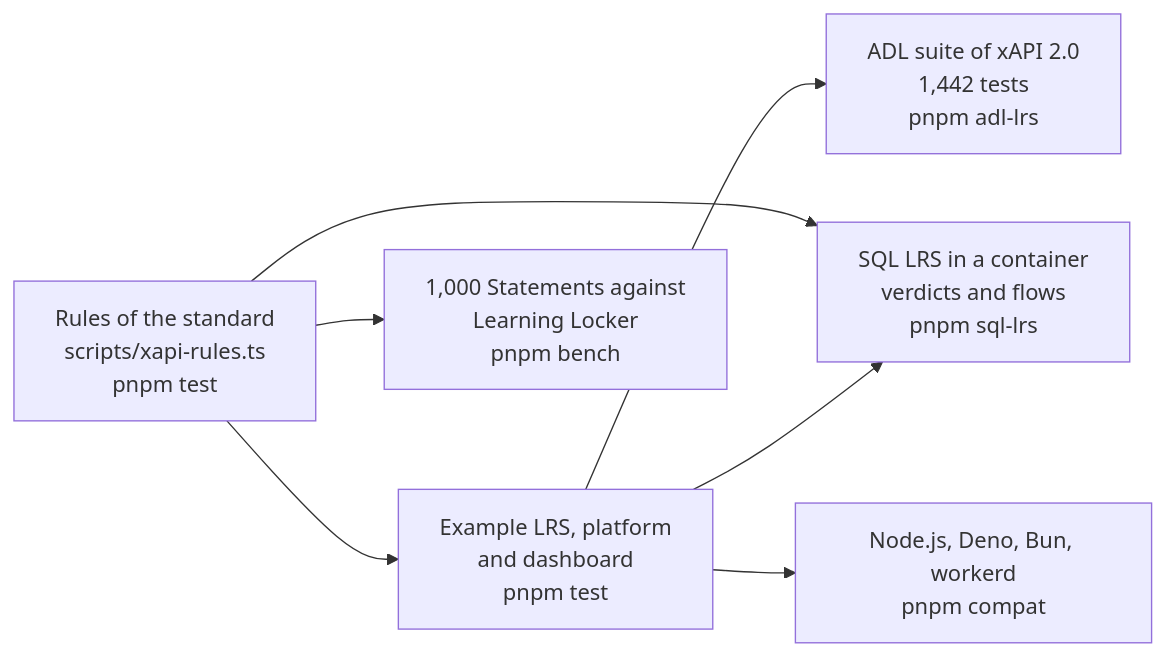
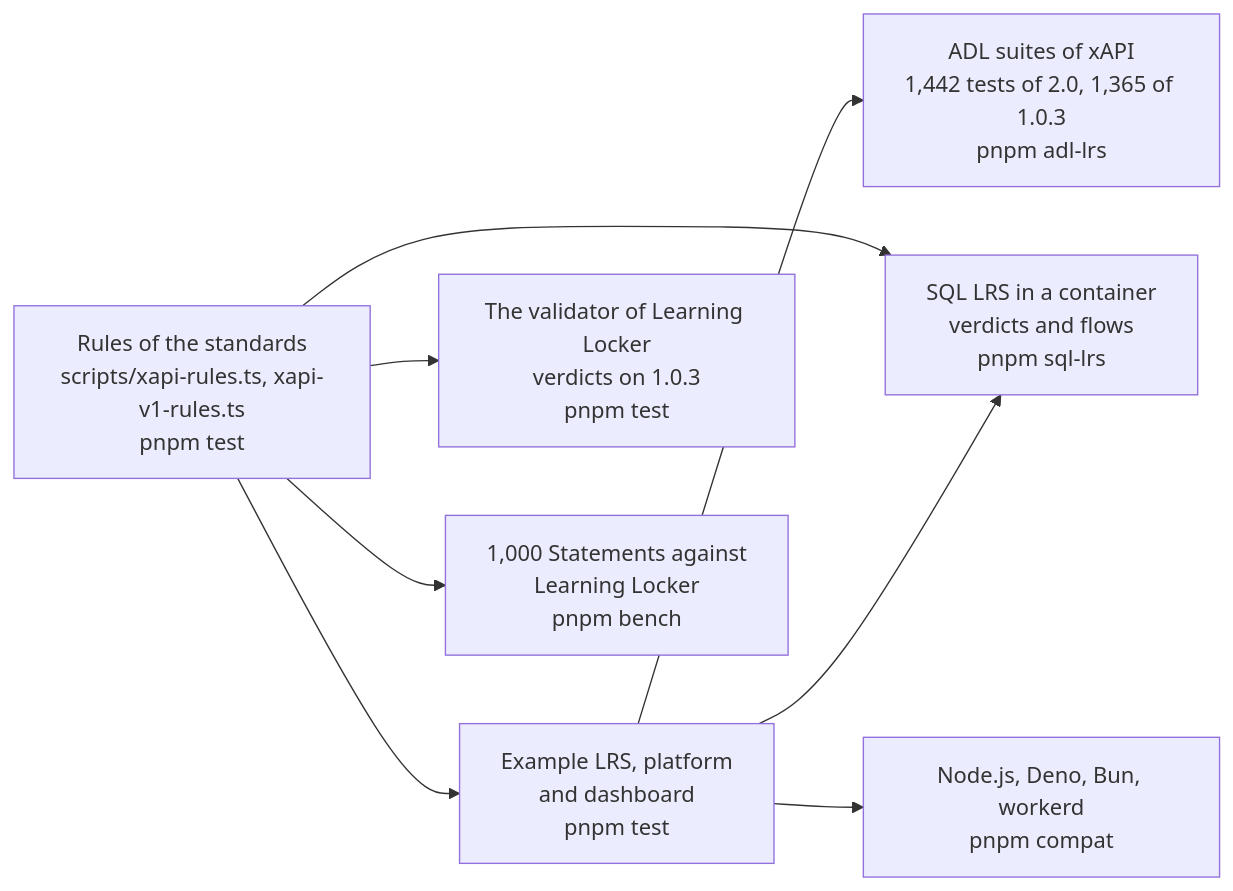
One commit to interopkit/interopkit changed the diagram in docs/learning-records/evidence.md. Above: the diagram before and after it, drawn with Mermaid. The commit also changed other lines of this file and 82 other files, not shown here.

Commit message:
Add xAPI 1.0.3: its rules, builders, routes, alternate syntax and evidence

````diff
--- a/docs/learning-records/evidence.md
+++ b/docs/learning-records/evidence.md
@@ -7,9 +7,10 @@
 ```mermaid
 flowchart LR
-  rules["Rules of the standard<br/>scripts/xapi-rules.ts<br/>pnpm test"] --> example["Example LRS, platform<br/>and dashboard<br/>pnpm test"]
-  example --> adl["ADL suite of xAPI 2.0<br/>1,442 tests<br/>pnpm adl-lrs"]
+  rules["Rules of the standards<br/>scripts/xapi-rules.ts, xapi-v1-rules.ts<br/>pnpm test"] --> example["Example LRS, platform<br/>and dashboard<br/>pnpm test"]
+  example --> adl["ADL suites of xAPI<br/>1,442 tests of 2.0, 1,365 of 1.0.3<br/>pnpm adl-lrs"]
   rules --> sql["SQL LRS in a container<br/>verdicts and flows<br/>pnpm sql-lrs"]
+  rules --> locker["The validator of Learning Locker<br/>verdicts on 1.0.3<br/>pnpm test"]
   example --> sql
   example --> runtimes["Node.js, Deno, Bun, workerd<br/>pnpm compat"]
   rules --> speed["1,000 Statements against<br/>Learning Locker<br/>pnpm bench"]
 ```
````
